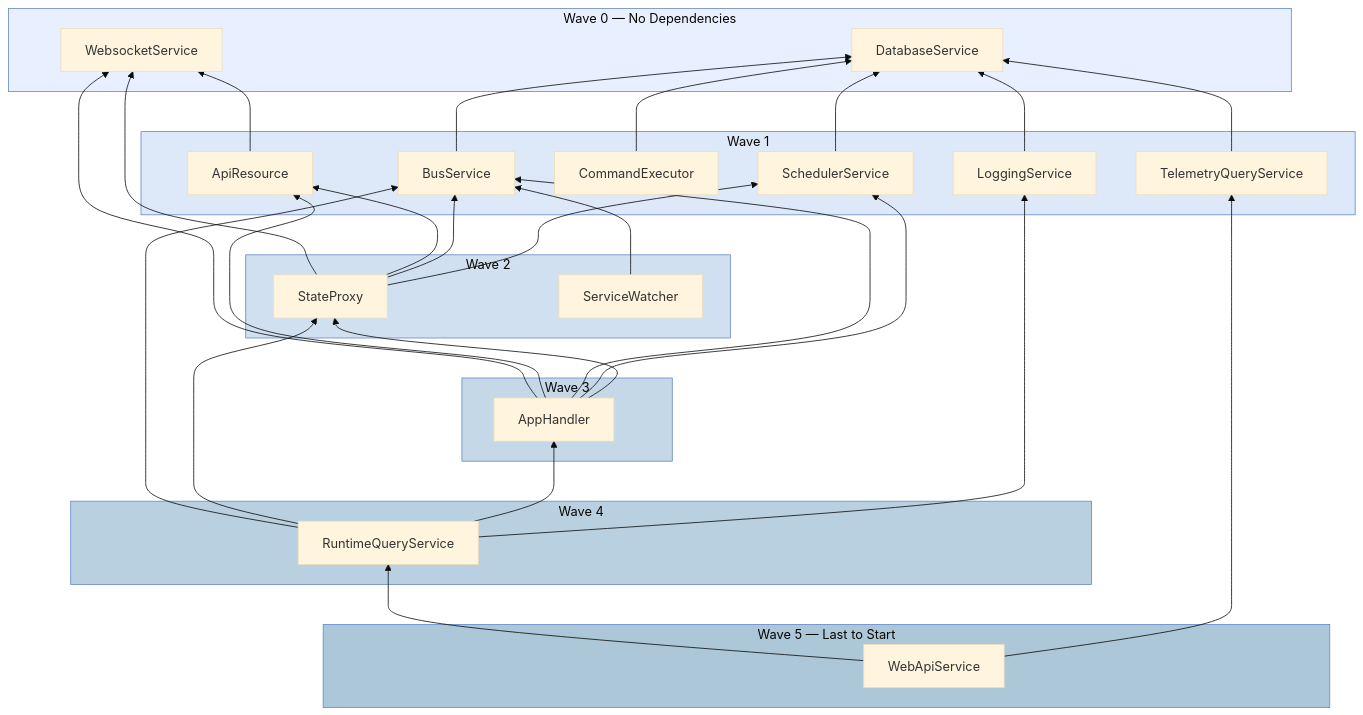
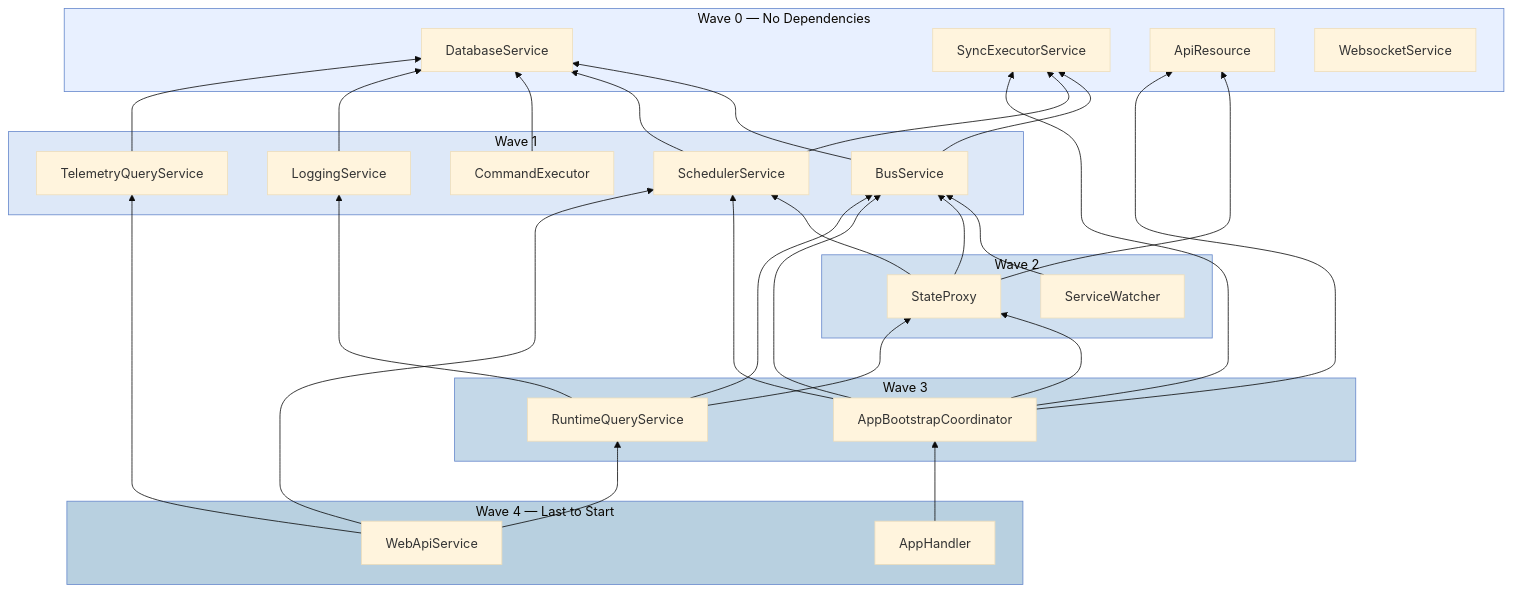
One commit to NodeJSmith/hassette changed the second of 3 diagrams in docs/pages/core-concepts/internals/index.md. Above: the diagram before and after it, drawn with Mermaid (base theme). The commit also changed other lines of this file and 39 other files, not shown here.

````diff
--- a/docs/pages/core-concepts/internals/index.md
+++ b/docs/pages/core-concepts/internals/index.md
@@ -99,55 +99,53 @@
 ```mermaid
 graph BT
     accTitle: Service Dependency Graph
     accDescr: Wave-based startup order, wave 0 at the top
 
     subgraph wave0["Wave 0 — No Dependencies"]
         DB[DatabaseService]
+        SYNC[SyncExecutorService]
+        API[ApiResource]
         WS[WebsocketService]
     end
 
     subgraph wave1["Wave 1"]
         BUS[BusService]
         SCHED[SchedulerService]
         CMD[CommandExecutor]
-        API[ApiResource]
         LOG[LoggingService]
         TQS[TelemetryQueryService]
     end
 
     subgraph wave2["Wave 2"]
         SP[StateProxy]
         SW[ServiceWatcher]
     end
 
     subgraph wave3["Wave 3"]
-        AH[AppHandler]
-    end
-
-    subgraph wave4["Wave 4"]
+        ABC[AppBootstrapCoordinator]
         RQS[RuntimeQueryService]
     end
 
-    subgraph wave5["Wave 5 — Last to Start"]
+    subgraph wave4["Wave 4 — Last to Start"]
+        AH[AppHandler]
         WEB[WebApiService]
     end
 
-    BUS --> DB
-    SCHED --> DB
+    BUS --> DB & SYNC
+    SCHED --> DB & SYNC
     CMD --> DB
     LOG --> DB
     TQS --> DB
-    API --> WS
     SW --> BUS
-    SP --> WS & API & BUS & SCHED
-    AH --> WS & API & BUS & SCHED & SP
-    RQS --> BUS & SP & AH & LOG
-    WEB --> RQS & TQS
+    SP --> API & BUS & SCHED
+    ABC --> API & BUS & SCHED & SP & SYNC
+    RQS --> BUS & SP & LOG
+    AH --> ABC
+    WEB --> RQS & TQS & SCHED
 
     style wave0 fill:#e8f0ff,stroke:#6688cc
     style wave1 fill:#dde8f8,stroke:#6688cc
     style wave2 fill:#d0e0f0,stroke:#6688cc
     style wave3 fill:#c4d8e8,stroke:#6688cc
     style wave4 fill:#b8d0e0,stroke:#6688cc
-    style wave5 fill:#acc8d8,stroke:#6688cc
 ```
````
